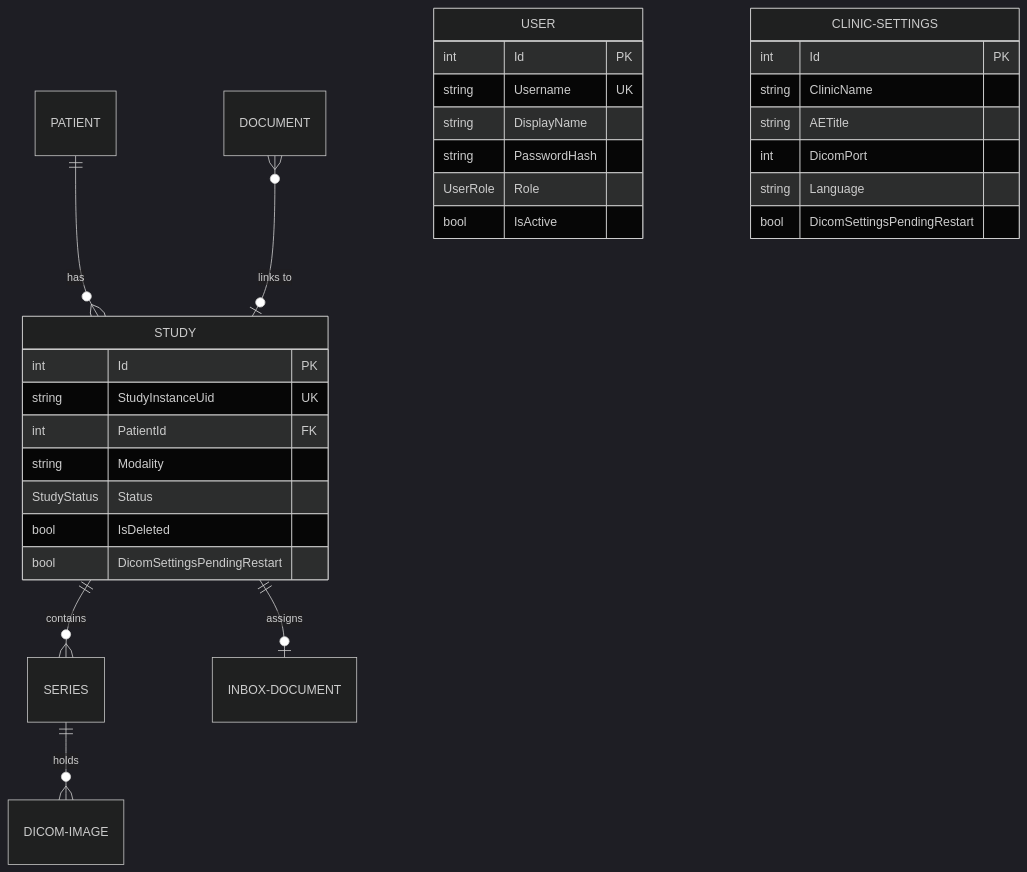
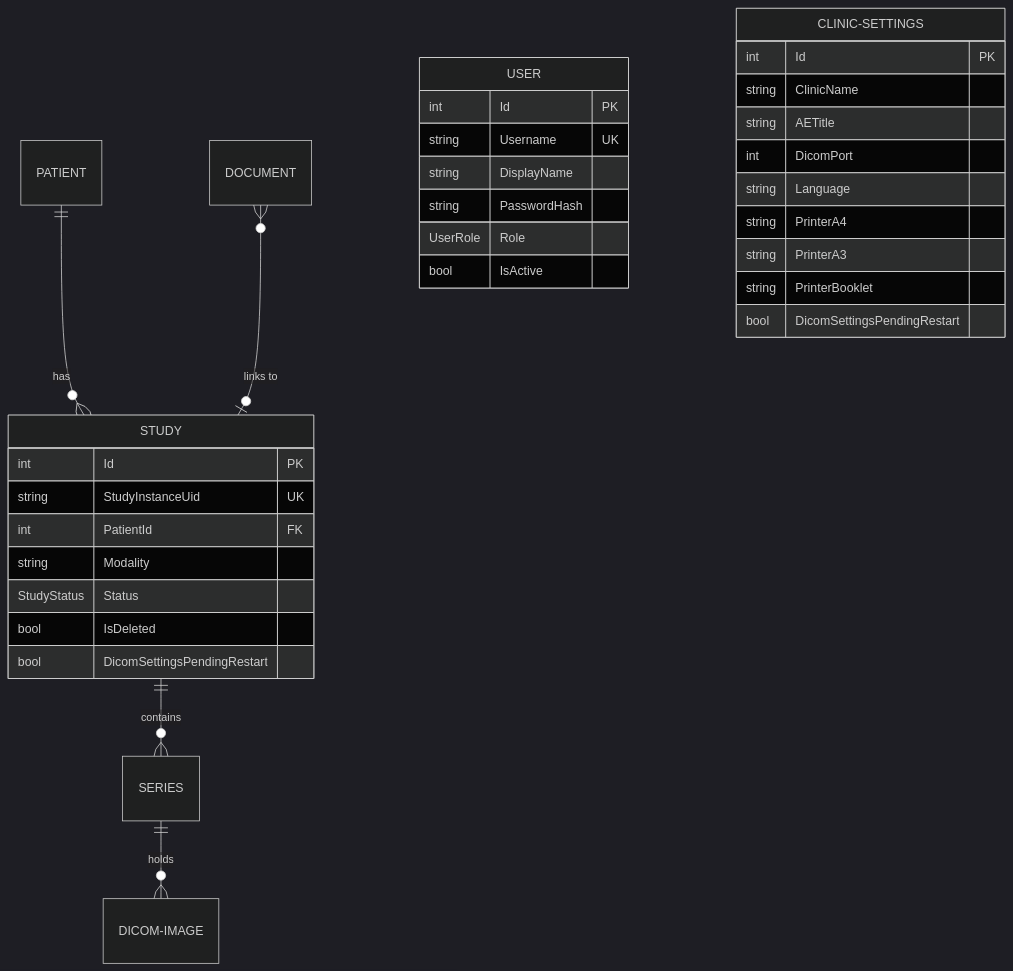
Before and after one commit to oguenfoude/clarimed: the second of 2 diagrams in README.md, drawn with Mermaid (dark theme). The commit also changed other lines of this file and 59 other files, not shown here.

````diff
--- a/README.md
+++ b/README.md
@@ -212,33 +219,35 @@
 ```mermaid
 erDiagram
     PATIENT ||--o{ STUDY : "has"
     STUDY ||--o{ SERIES : "contains"
     SERIES ||--o{ DICOM-IMAGE : "holds"
     DOCUMENT }o--o| STUDY : "links to"
-    STUDY ||--o| INBOX-DOCUMENT : "assigns"
     USER {
         int Id PK
         string Username UK
         string DisplayName
         string PasswordHash
         UserRole Role
         bool IsActive
     }
     STUDY {
         int Id PK
         string StudyInstanceUid UK
         int PatientId FK
         string Modality
         StudyStatus Status
         bool IsDeleted
         bool DicomSettingsPendingRestart
     }
     CLINIC-SETTINGS {
         int Id PK
         string ClinicName
         string AETitle
         int DicomPort
         string Language
+        string PrinterA4
+        string PrinterA3
+        string PrinterBooklet
         bool DicomSettingsPendingRestart
     }
 ```
````
